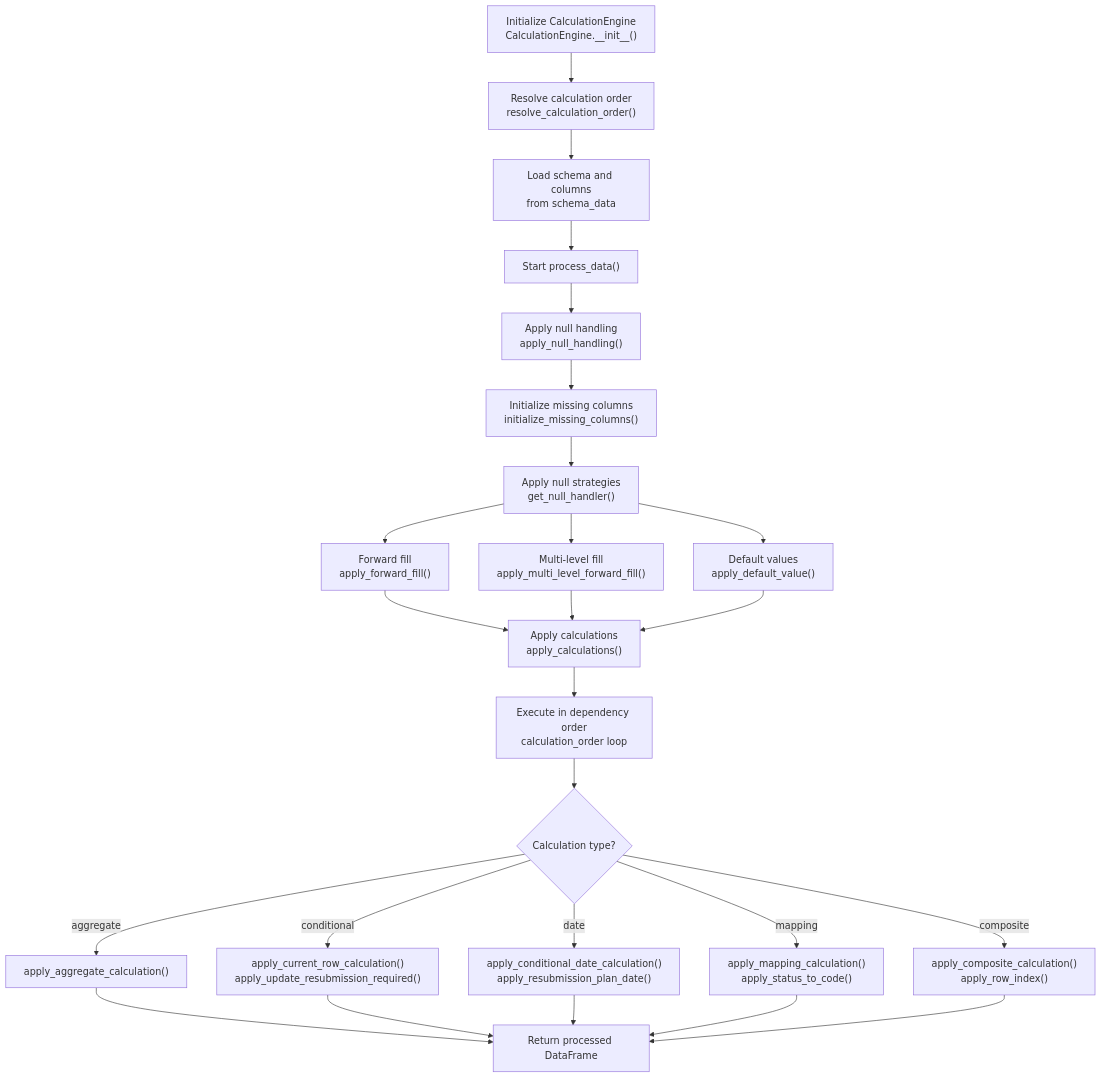
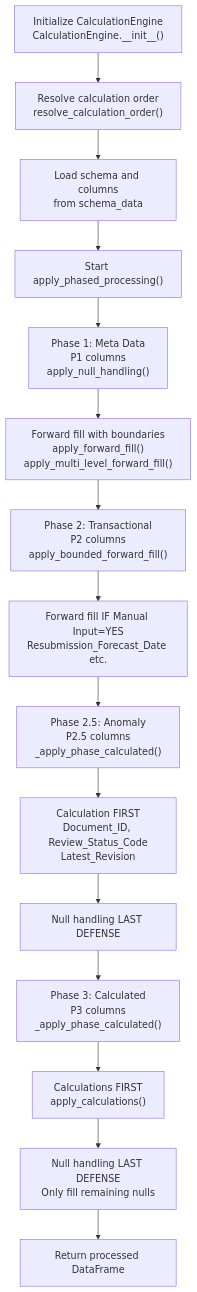
Before and after one commit to chinwarsoon/Engineering-and-Design: the diagram in dcc/workflow/processor_engine/readme.md, drawn with Mermaid. The commit also changed other lines of this file and 3 other files, not shown here.

````diff
--- a/dcc/workflow/processor_engine/readme.md
+++ b/dcc/workflow/processor_engine/readme.md
@@ -67,27 +67,22 @@
 ```mermaid
 flowchart TD
     A["Initialize CalculationEngine<br/>CalculationEngine.__init__()"] --> B["Resolve calculation order<br/>resolve_calculation_order()"]
     B --> C["Load schema and columns<br/>from schema_data"]
-    C --> D["Start process_data()"]
-    D --> E["Apply null handling<br/>apply_null_handling()"]
-    E --> F["Initialize missing columns<br/>initialize_missing_columns()"]
-    F --> G["Apply null strategies<br/>get_null_handler()"]
-    G --> H["Forward fill<br/>apply_forward_fill()"]
-    G --> I["Multi-level fill<br/>apply_multi_level_forward_fill()"]
-    G --> J["Default values<br/>apply_default_value()"]
-    H --> K["Apply calculations<br/>apply_calculations()"]
-    I --> K
-    J --> K
-    K --> L["Execute in dependency order<br/>calculation_order loop"]
-    L --> M{"Calculation type?"}
-    M -->|aggregate| N["apply_aggregate_calculation()"]
-    M -->|conditional| O["apply_current_row_calculation()<br/>apply_update_resubmission_required()"]
-    M -->|date| P["apply_conditional_date_calculation()<br/>apply_resubmission_plan_date()"]
-    M -->|mapping| Q["apply_mapping_calculation()<br/>apply_status_to_code()"]
-    M -->|composite| R["apply_composite_calculation()<br/>apply_row_index()"]
-    N --> S["Return processed DataFrame"]
-    O --> S
-    P --> S
-    Q --> S
-    R --> S
+    C --> D["Start apply_phased_processing()"]
+    
+    D --> E["Phase 1: Meta Data<br/>P1 columns<br/>apply_null_handling()"]
+    E --> F["Forward fill with boundaries<br/>apply_forward_fill()<br/>apply_multi_level_forward_fill()"]
+    
+    F --> G["Phase 2: Transactional<br/>P2 columns<br/>apply_bounded_forward_fill()"]
+    G --> H["Forward fill IF Manual Input=YES<br/>Resubmission_Forecast_Date etc."]
+    
+    H --> I["Phase 2.5: Anomaly<br/>P2.5 columns<br/>_apply_phase_calculated()"]
+    I --> J["Calculation FIRST<br/>Document_ID, Review_Status_Code<br/>Latest_Revision"]
+    J --> K["Null handling LAST DEFENSE"]
+    
+    K --> L["Phase 3: Calculated<br/>P3 columns<br/>_apply_phase_calculated()"]
+    L --> M["Calculations FIRST<br/>apply_calculations()"]
+    M --> N["Null handling LAST DEFENSE<br/>Only fill remaining nulls"]
+    
+    N --> O["Return processed DataFrame"]
 ```
````
